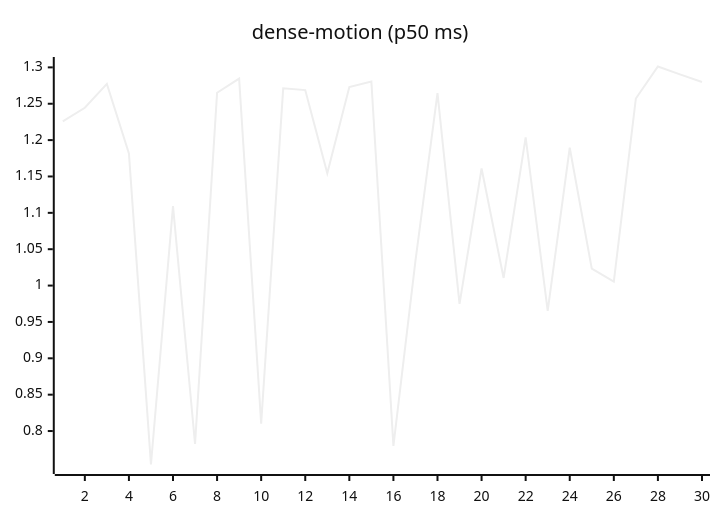
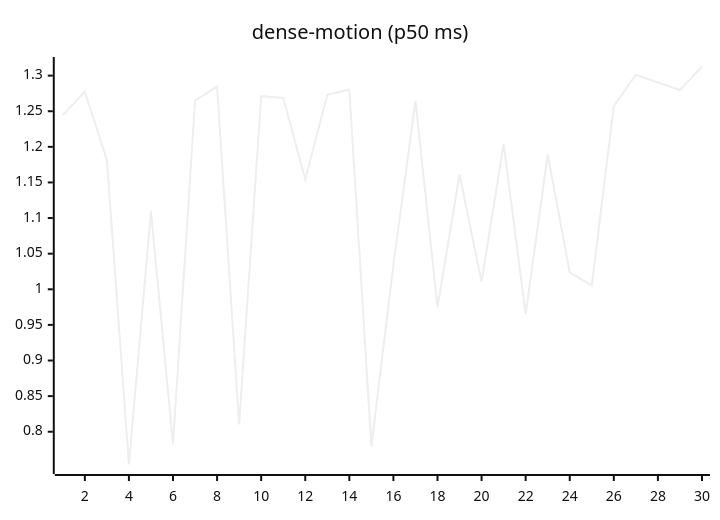
The ninth of 27 diagrams in README.md (josha/Facet), drawn with Mermaid (neutral theme) before and after one commit. The commit also changed other lines of this file and 2 other files, not shown here.

````diff
--- a/README.md
+++ b/README.md
@@ -119,6 +119,6 @@
 ```mermaid
 xychart-beta
     title "dense-motion (p50 ms)"
     x-axis 1 --> 30
-    line [1.2258, 1.2445, 1.2773, 1.1817, 0.7540, 1.1093, 0.7822, 1.2651, 1.2846, 0.8102, 1.2712, 1.2688, 1.1544, 1.2730, 1.2805, 0.7796, 1.0341, 1.2646, 0.9749, 1.1610, 1.0105, 1.2037, 0.9653, 1.1895, 1.0233, 1.0054, 1.2572, 1.3012, 1.2904, 1.2798]
+    line [1.2445, 1.2773, 1.1817, 0.7540, 1.1093, 0.7822, 1.2651, 1.2846, 0.8102, 1.2712, 1.2688, 1.1544, 1.2730, 1.2805, 0.7796, 1.0341, 1.2646, 0.9749, 1.1610, 1.0105, 1.2037, 0.9653, 1.1895, 1.0233, 1.0054, 1.2572, 1.3012, 1.2904, 1.2798, 1.3128]
 ```
````
